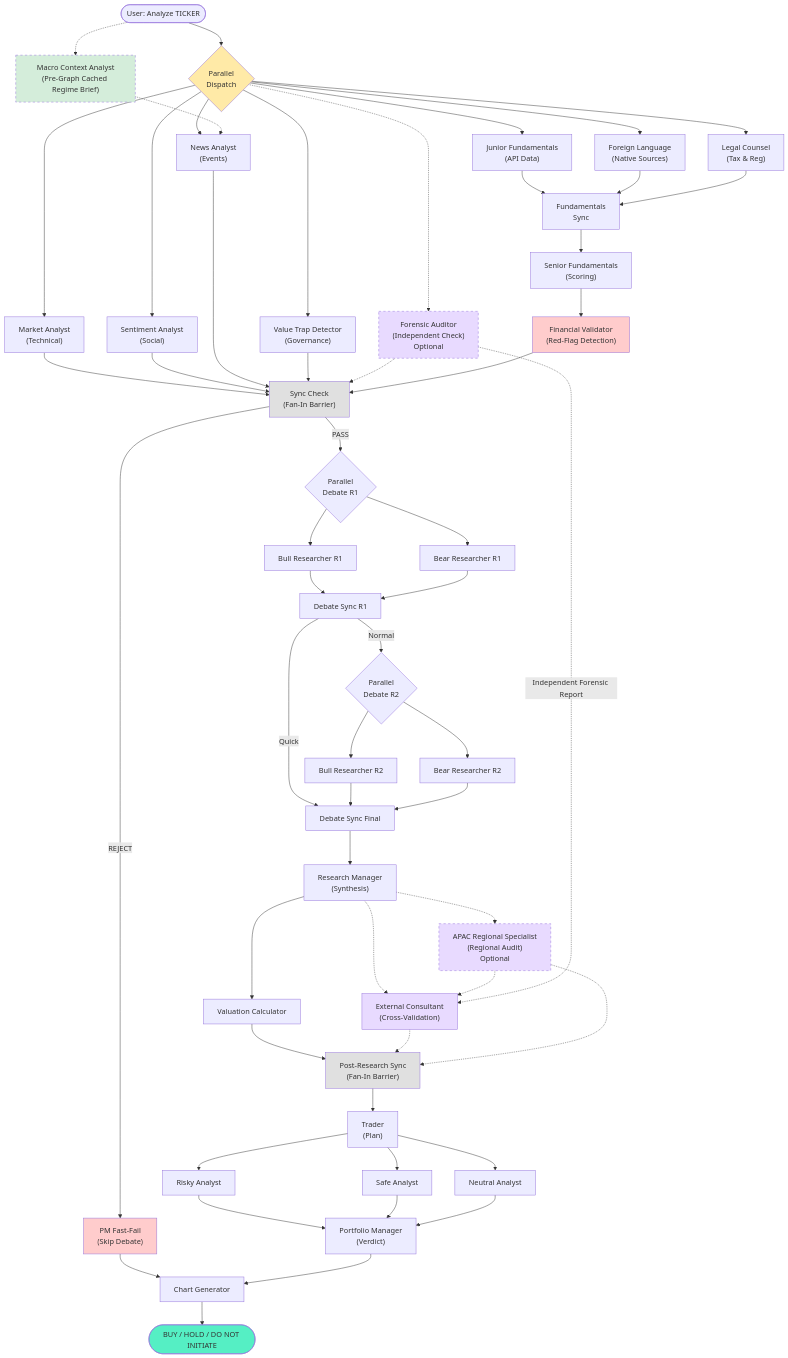
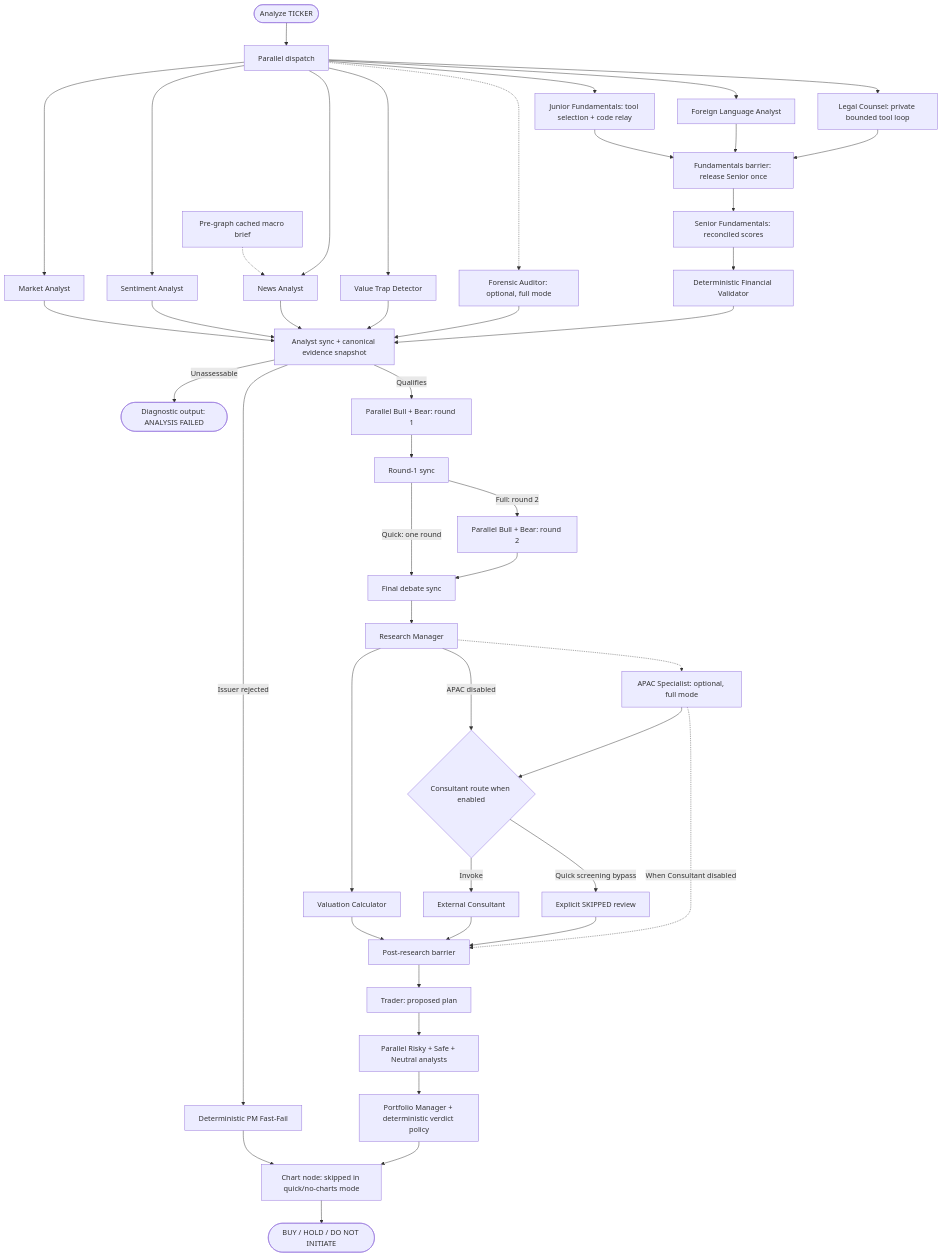
Before and after one commit to rgoerwit/ai-investment-agent: the diagram in README.md, drawn with Mermaid. The commit also changed other lines of this file and 399 other files, not shown here.

````diff
--- a/README.md
+++ b/README.md
@@ -33,82 +36,48 @@
 ```mermaid
 graph TB
-    Start(["User: Analyze TICKER"]) --> Dispatcher{"Parallel<br/>Dispatch"}
-    Start -.-> MacroCtx["Macro Context Analyst<br/>(Pre-Graph Cached Regime Brief)"]
-
-    Dispatcher --> MarketAnalyst["Market Analyst<br/>(Technical)"]
-    Dispatcher --> SentimentAnalyst["Sentiment Analyst<br/>(Social)"]
-    Dispatcher --> NewsAnalyst["News Analyst<br/>(Events)"]
-    Dispatcher --> JuniorFund["Junior Fundamentals<br/>(API Data)"]
-    Dispatcher --> ForeignLang["Foreign Language<br/>(Native Sources)"]
-    Dispatcher --> LegalCounsel["Legal Counsel<br/>(Tax & Reg)"]
-    Dispatcher --> ValueTrap["Value Trap Detector<br/>(Governance)"]
-    Dispatcher -.-> Auditor["Forensic Auditor<br/>(Independent Check)<br/>Optional"]
-
-    MacroCtx -.-> NewsAnalyst
-
-    MarketAnalyst --> SyncCheck["Sync Check<br/>(Fan-In Barrier)"]
-    SentimentAnalyst --> SyncCheck
-    NewsAnalyst --> SyncCheck
-    ValueTrap --> SyncCheck
-    Auditor -.-> SyncCheck
-
-    JuniorFund --> FundSync["Fundamentals<br/>Sync"]
-    ForeignLang --> FundSync
-    LegalCounsel --> FundSync
-    FundSync --> SeniorFund["Senior Fundamentals<br/>(Scoring)"]
-    SeniorFund --> Validator["Financial Validator<br/>(Red-Flag Detection)"]
-    Validator --> SyncCheck
-
-    SyncCheck -->|"REJECT"| PMFastFail["PM Fast-Fail<br/>(Skip Debate)"]
-    SyncCheck -->|"PASS"| DebateR1{"Parallel<br/>Debate R1"}
-
-    DebateR1 --> BullR1["Bull Researcher R1"]
-    DebateR1 --> BearR1["Bear Researcher R1"]
-    BullR1 --> DebateSyncR1["Debate Sync R1"]
-    BearR1 --> DebateSyncR1
-
-    DebateSyncR1 -->|"Normal"| DebateR2{"Parallel<br/>Debate R2"}
-    DebateSyncR1 -->|"Quick"| DebateSyncFinal["Debate Sync Final"]
-
-    DebateR2 --> BullR2["Bull Researcher R2"]
-    DebateR2 --> BearR2["Bear Researcher R2"]
-    BullR2 --> DebateSyncFinal
-    BearR2 --> DebateSyncFinal
-
-    DebateSyncFinal --> ResearchManager["Research Manager<br/>(Synthesis)"]
-    ResearchManager --> ValuationCalc["Valuation Calculator"]
-    ResearchManager -.-> APACSpecialist["APAC Regional Specialist<br/>(Regional Audit)<br/>Optional"]
-    ResearchManager -.-> Consultant["External Consultant<br/>(Cross-Validation)"]
-    APACSpecialist -.-> Consultant
-    Auditor -.->|"Independent Forensic Report"| Consultant
-
-    ValuationCalc --> PostSync["Post-Research Sync<br/>(Fan-In Barrier)"]
-    Consultant -.-> PostSync
-    APACSpecialist -.-> PostSync
-
-    PostSync --> Trader["Trader<br/>(Plan)"]
-
-    Trader --> RiskyAnalyst["Risky Analyst"]
-    Trader --> SafeAnalyst["Safe Analyst"]
-    Trader --> NeutralAnalyst["Neutral Analyst"]
-
-    RiskyAnalyst --> PortfolioManager["Portfolio Manager<br/>(Verdict)"]
-    SafeAnalyst --> PortfolioManager
-    NeutralAnalyst --> PortfolioManager
-
-    PMFastFail --> ChartGen["Chart Generator"]
-    PortfolioManager --> ChartGen
-
-    ChartGen --> Decision(["BUY / HOLD / DO NOT INITIATE"])
-
-    style Dispatcher fill:#ffeaa7,color:#333
-    style MacroCtx fill:#d4edda,color:#333,stroke-dasharray: 5 5
-    style SyncCheck fill:#e0e0e0,color:#333
-    style PostSync fill:#e0e0e0,color:#333
-    style Validator fill:#ffcccc,color:#333
-    style APACSpecialist fill:#e8daff,color:#333,stroke-dasharray: 5 5
-    style Consultant fill:#e8daff,color:#333
-    style Auditor fill:#e8daff,color:#333,stroke-dasharray: 5 5
-    style PMFastFail fill:#ffcccc,color:#333
-    style Decision fill:#55efc4,color:#333
+    Start(["Analyze TICKER"]) --> Dispatch["Parallel dispatch"]
+    Macro["Pre-graph cached macro brief"] -.-> News["News Analyst"]
+    Dispatch --> Market["Market Analyst"]
+    Dispatch --> Sentiment["Sentiment Analyst"]
+    Dispatch --> News
+    Dispatch --> Junior["Junior Fundamentals: tool selection + code relay"]
+    Dispatch --> Foreign["Foreign Language Analyst"]
+    Dispatch --> Legal["Legal Counsel: private bounded tool loop"]
+    Dispatch --> Trap["Value Trap Detector"]
+    Dispatch -.-> Auditor["Forensic Auditor: optional, full mode"]
+    Junior --> FundSync["Fundamentals barrier: release Senior once"]
+    Foreign --> FundSync
+    Legal --> FundSync
+    FundSync --> Senior["Senior Fundamentals: reconciled scores"]
+    Senior --> Validator["Deterministic Financial Validator"]
+    Market --> Sync["Analyst sync + canonical evidence snapshot"]
+    Sentiment --> Sync
+    News --> Sync
+    Trap --> Sync
+    Auditor --> Sync
+    Validator --> Sync
+    Sync -->|"Unassessable"| Failed(["Diagnostic output: ANALYSIS FAILED"])
+    Sync -->|"Issuer rejected"| FastFail["Deterministic PM Fast-Fail"]
+    Sync -->|"Qualifies"| R1["Parallel Bull + Bear: round 1"]
+    R1 --> DebateSync["Round-1 sync"]
+    DebateSync -->|"Full: round 2"| R2["Parallel Bull + Bear: round 2"]
+    DebateSync -->|"Quick: one round"| FinalSync["Final debate sync"]
+    R2 --> FinalSync
+    FinalSync --> RM["Research Manager"]
+    RM --> Valuation["Valuation Calculator"]
+    RM -.-> APAC["APAC Specialist: optional, full mode"]
+    RM -->|"APAC disabled"| ReviewGate{"Consultant route when enabled"}
+    APAC --> ReviewGate
+    ReviewGate -->|"Invoke"| Consultant["External Consultant"]
+    ReviewGate -->|"Quick screening bypass"| Skip["Explicit SKIPPED review"]
+    Valuation --> PostSync["Post-research barrier"]
+    Consultant --> PostSync
+    Skip --> PostSync
+    APAC -.->|"When Consultant disabled"| PostSync
+    PostSync --> Trader["Trader: proposed plan"]
+    Trader --> Risk["Parallel Risky + Safe + Neutral analysts"]
+    Risk --> PM["Portfolio Manager + deterministic verdict policy"]
+    FastFail --> Charts["Chart node: skipped in quick/no-charts mode"]
+    PM --> Charts
+    Charts --> Decision(["BUY / HOLD / DO NOT INITIATE"])
 ```
````
